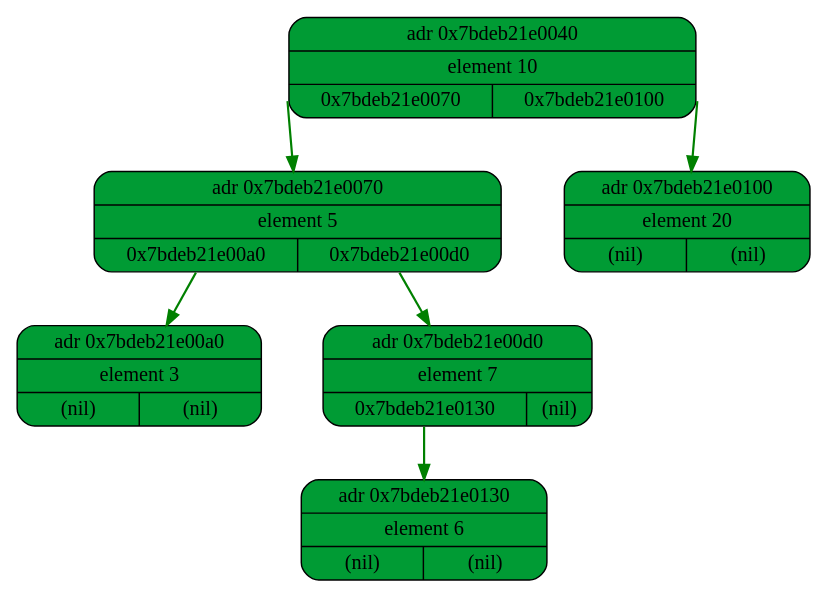
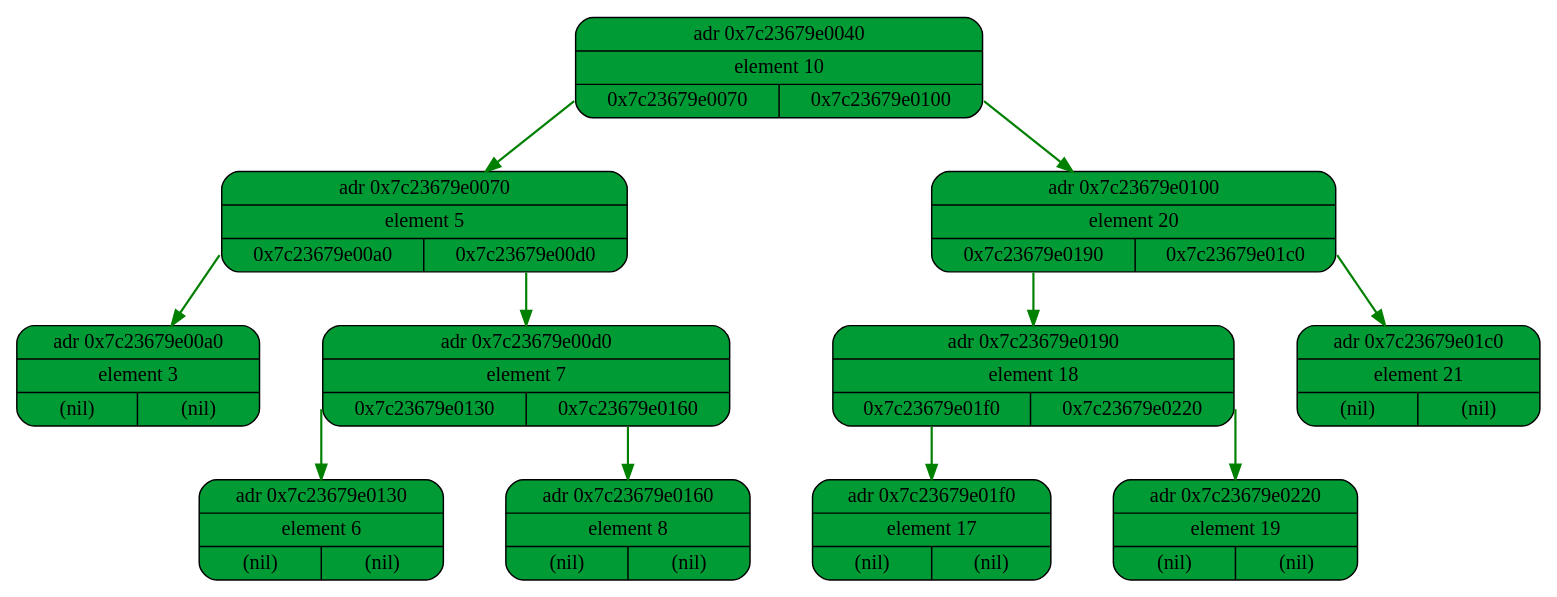
One commit to evanvd/tree changed the diagram in log/graphviz_file.dot. Above: the diagram before and after it, drawn with Graphviz. The commit also changed 16 other files, not shown here.

```diff
--- a/log/graphviz_file.dot
+++ b/log/graphviz_file.dot
@@ -1,16 +1,26 @@
 digraph {
 graph [rankdir=TB, splines=polyline, nodesep=0.6];
 node [shape=record, style="filled, rounded", fillcolor="#009b34ff", height=0.8];
 edge [color="#008000", penwidth=1.5, arrowhead = normal];
-node1 [label="{ adr 0x7bdeb21e0040 | element 10 | {<L> 0x7bdeb21e0070| <R> 0x7bdeb21e0100}}"];
-node1:<L>->node2
-node2 [label="{ adr 0x7bdeb21e0070 | element 5 | {<L> 0x7bdeb21e00a0| <R> 0x7bdeb21e00d0}}"];
-node2:<L>->node3
-node3 [label="{ adr 0x7bdeb21e00a0 | element 3 | {<L> (nil)| <R> (nil)}}"];
-node2:<R>->node4
-node4 [label="{ adr 0x7bdeb21e00d0 | element 7 | {<L> 0x7bdeb21e0130| <R> (nil)}}"];
-node4:<L>->node5
-node5 [label="{ adr 0x7bdeb21e0130 | element 6 | {<L> (nil)| <R> (nil)}}"];
-node1:<R>->node6
-node6 [label="{ adr 0x7bdeb21e0100 | element 20 | {<L> (nil)| <R> (nil)}}"];
+node36 [label="{ adr 0x7c23679e0040 | element 10 | {<L> 0x7c23679e0070| <R> 0x7c23679e0100}}"];
+node36:<L>->node37
+node37 [label="{ adr 0x7c23679e0070 | element 5 | {<L> 0x7c23679e00a0| <R> 0x7c23679e00d0}}"];
+node37:<L>->node38
+node38 [label="{ adr 0x7c23679e00a0 | element 3 | {<L> (nil)| <R> (nil)}}"];
+node37:<R>->node39
+node39 [label="{ adr 0x7c23679e00d0 | element 7 | {<L> 0x7c23679e0130| <R> 0x7c23679e0160}}"];
+node39:<L>->node40
+node40 [label="{ adr 0x7c23679e0130 | element 6 | {<L> (nil)| <R> (nil)}}"];
+node39:<R>->node41
+node41 [label="{ adr 0x7c23679e0160 | element 8 | {<L> (nil)| <R> (nil)}}"];
+node36:<R>->node42
+node42 [label="{ adr 0x7c23679e0100 | element 20 | {<L> 0x7c23679e0190| <R> 0x7c23679e01c0}}"];
+node42:<L>->node43
+node43 [label="{ adr 0x7c23679e0190 | element 18 | {<L> 0x7c23679e01f0| <R> 0x7c23679e0220}}"];
+node43:<L>->node44
+node44 [label="{ adr 0x7c23679e01f0 | element 17 | {<L> (nil)| <R> (nil)}}"];
+node43:<R>->node45
+node45 [label="{ adr 0x7c23679e0220 | element 19 | {<L> (nil)| <R> (nil)}}"];
+node42:<R>->node46
+node46 [label="{ adr 0x7c23679e01c0 | element 21 | {<L> (nil)| <R> (nil)}}"];
 }
```
